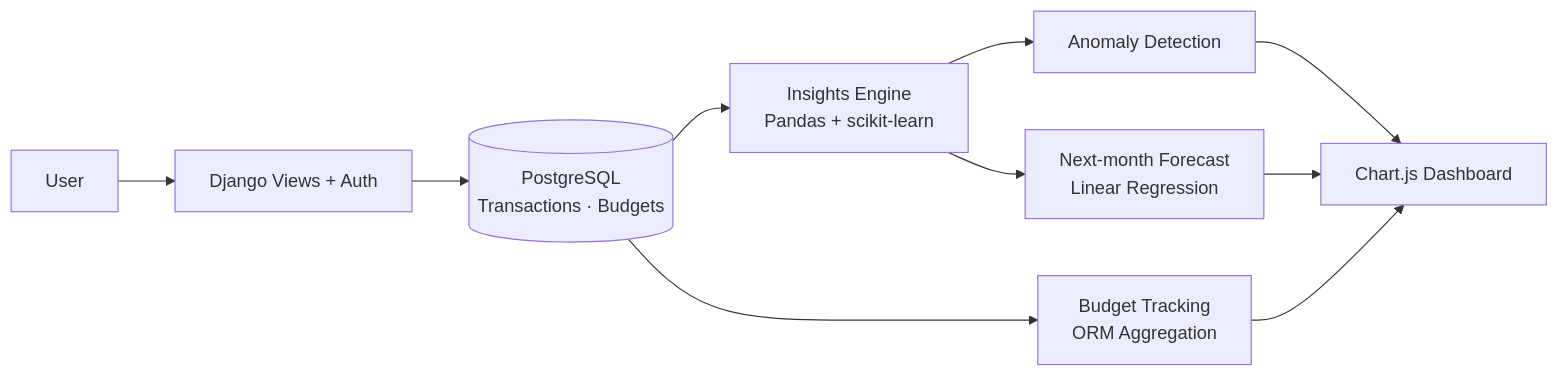
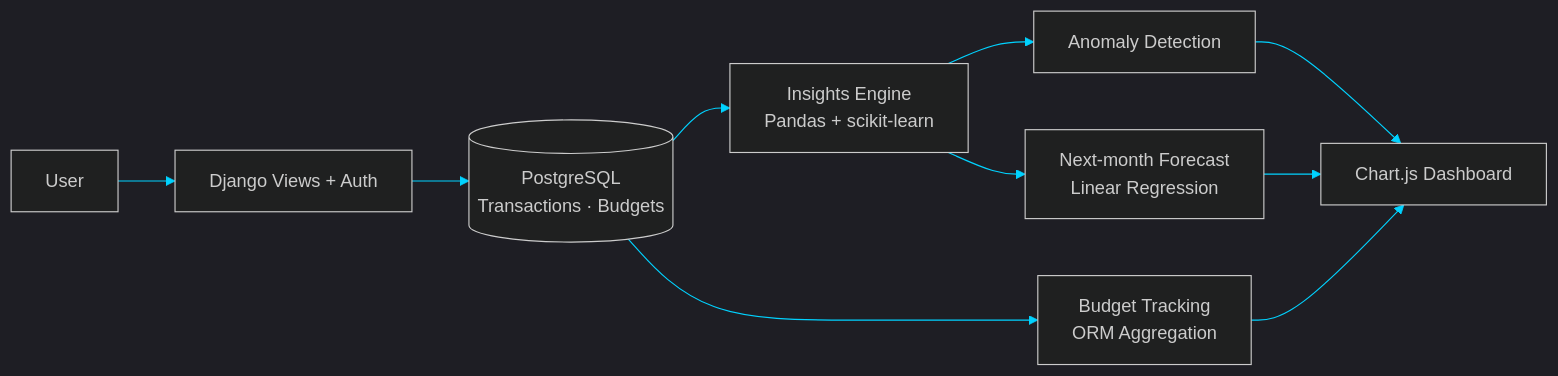
Before and after one commit to punniyam26-hash/punniyam26-hash: the second of 2 diagrams in README.md, drawn with Mermaid. The commit also changed other lines of this file, not shown here.

````diff
--- a/README.md
+++ b/README.md
@@ -109,12 +110,13 @@
 ```mermaid
+%%{init: {'theme':'dark','themeVariables':{'primaryColor':'#1b1f3b','primaryBorderColor':'#7F5AF0','primaryTextColor':'#E6EDF3','lineColor':'#00D2FF','secondaryColor':'#13203a','tertiaryColor':'#0d1117'}}}%%
 flowchart LR
     U[User] --> V[Django Views + Auth]
     V --> P[(PostgreSQL<br/>Transactions · Budgets)]
     P --> I[Insights Engine<br/>Pandas + scikit-learn]
     I --> AD[Anomaly Detection]
     I --> NF[Next-month Forecast<br/>Linear Regression]
     P --> BT[Budget Tracking<br/>ORM Aggregation]
     AD --> CJ[Chart.js Dashboard]
     NF --> CJ
     BT --> CJ
 ```
````
